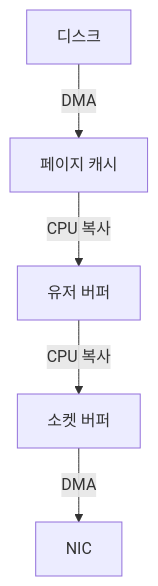
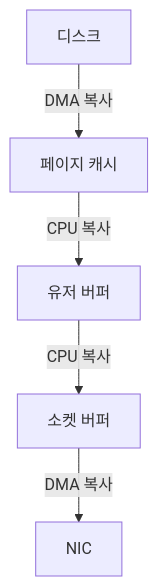
Before and after one commit to hyoguoo/hyoguoo.github.io: the first of 2 diagrams in src/content/docs/docs/kafka/topic-and-partition-internals.md, drawn with Mermaid. The commit also changed other lines of this file, not shown here.

````diff
--- a/src/content/docs/docs/kafka/topic-and-partition-internals.md
+++ b/src/content/docs/docs/kafka/topic-and-partition-internals.md
@@ -70,7 +79,7 @@
 ```mermaid
 flowchart TB
-    D[디스크] -->|DMA| K[페이지 캐시]
+    D[디스크] -->|DMA 복사| K[페이지 캐시]
     K -->|CPU 복사| U[유저 버퍼]
     U -->|CPU 복사| S[소켓 버퍼]
-    S -->|DMA| N[NIC]
+    S -->|DMA 복사| N[NIC]
 ```
````
